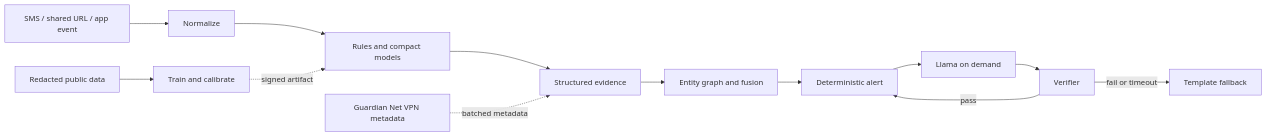
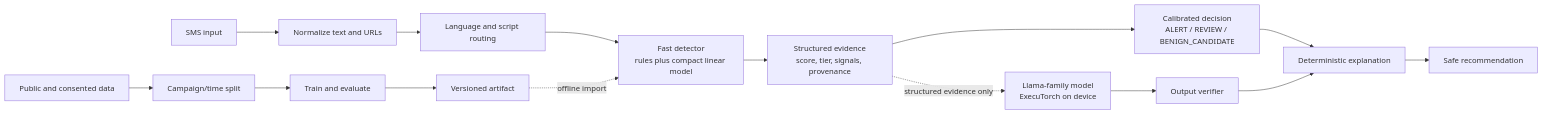
Before and after one commit to harivansh-b/ARM-Hackathon: the diagram in architecture.md, drawn with Mermaid. The commit also changed other lines of this file and 2 other files, not shown here.

Commit message:
docs: update architecture and implementation documentation

````diff
--- a/architecture.md
+++ b/architecture.md
@@ -13,15 +9,17 @@
 ```mermaid
 flowchart LR
-    SMS[SMS / shared URL / app event] --> N[Normalize]
-    N --> C[Rules and compact models]
-    C --> E[Structured evidence]
-    E --> F[Entity graph and fusion]
-    F --> A[Deterministic alert]
-    A --> L[Llama on demand]
-    L --> V[Verifier]
-    V -->|pass| A
-    V -->|fail or timeout| T[Template fallback]
-    NET[Guardian Net VPN metadata] -. batched metadata .-> E
-    DATA[Redacted public data] --> TRAIN[Train and calibrate]
-    TRAIN -. signed artifact .-> C
+    Input[SMS input] --> Norm[Normalize text and URLs]
+    Norm --> Lang[Language and script routing]
+    Lang --> Detect[Fast detector\nrules plus compact linear model]
+    Detect --> Evidence[Structured evidence\nscore, tier, signals, provenance]
+    Evidence --> Decision[Calibrated decision\nALERT / REVIEW / BENIGN_CANDIDATE]
+    Decision --> Explain[Deterministic explanation]
+    Evidence -. structured evidence only .-> Llama[Llama-family model\nExecuTorch on device]
+    Llama --> Verify[Output verifier]
+    Verify --> Explain
+    Explain --> User[Safe recommendation]
+    Public[Public and consented data] --> Split[Campaign/time split]
+    Split --> Train[Train and evaluate]
+    Train --> Artifact[Versioned artifact]
+    Artifact -. offline import .-> Detect
 ```
````
